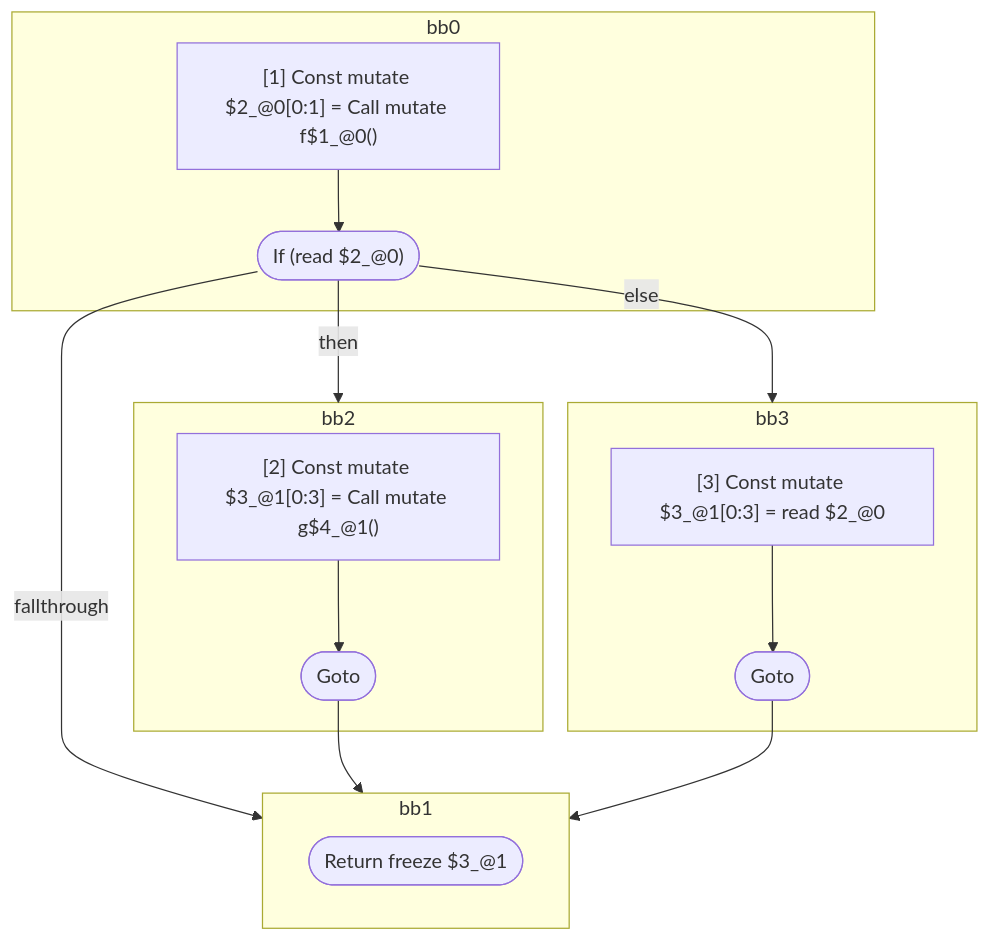
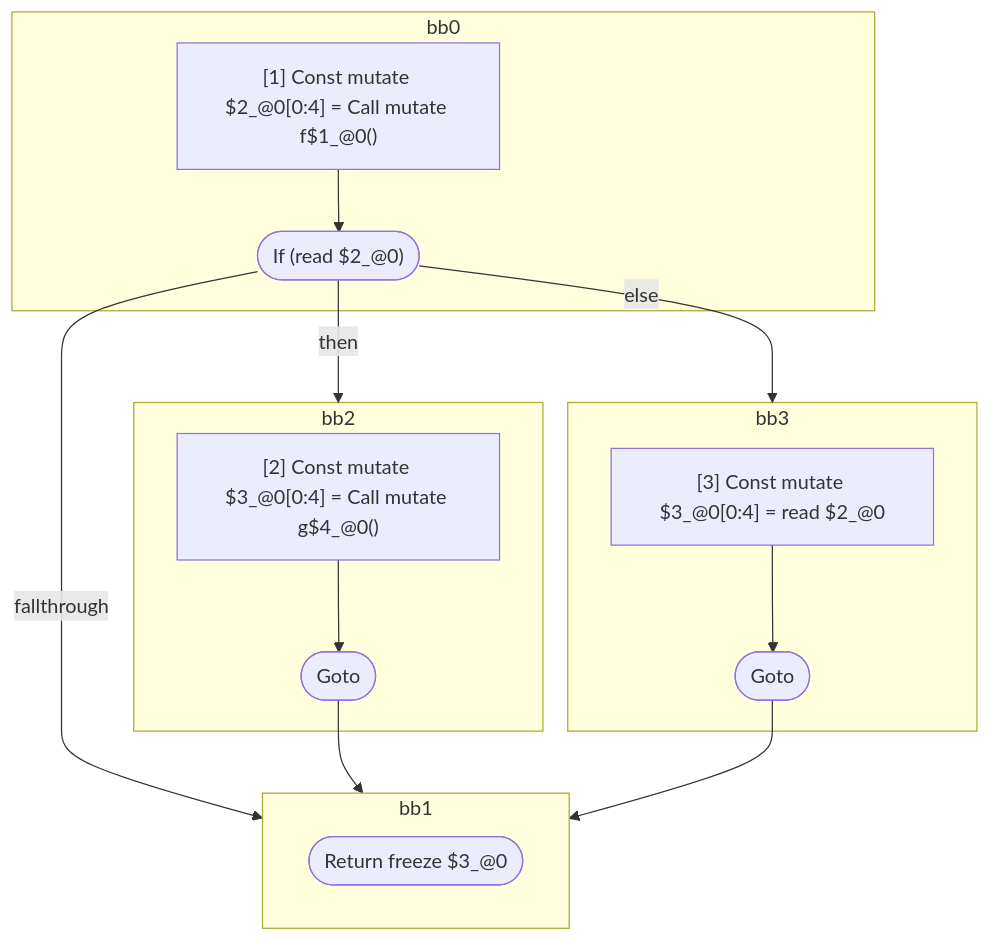
Before and after one commit to wutsmog/private: the first of 5 diagrams in compiler/forget/src/__tests__/fixtures/hir/logical-expression.expect.md, drawn with Mermaid. The commit also changed other lines of this file and 45 other files, not shown here.

````diff
--- a/compiler/forget/src/__tests__/fixtures/hir/logical-expression.expect.md
+++ b/compiler/forget/src/__tests__/fixtures/hir/logical-expression.expect.md
@@ -43,33 +43,33 @@
 ```mermaid
 flowchart TB
   %% Basic Blocks
   subgraph bb0
     bb0_instrs["
-      [1] Const mutate $2_@0[0:1] = Call mutate f$1_@0()
+      [1] Const mutate $2_@0[0:4] = Call mutate f$1_@0()
     "]
     bb0_instrs --> bb0_terminal(["If (read $2_@0)"])
   end
   subgraph bb2
     bb2_instrs["
-      [2] Const mutate $3_@1[0:3] = Call mutate g$4_@1()
+      [2] Const mutate $3_@0[0:4] = Call mutate g$4_@0()
     "]
     bb2_instrs --> bb2_terminal(["Goto"])
   end
   subgraph bb3
     bb3_instrs["
-      [3] Const mutate $3_@1[0:3] = read $2_@0
+      [3] Const mutate $3_@0[0:4] = read $2_@0
     "]
     bb3_instrs --> bb3_terminal(["Goto"])
   end
   subgraph bb1
-    bb1_terminal(["Return freeze $3_@1"])
+    bb1_terminal(["Return freeze $3_@0"])
   end
 
   %% Jumps
   bb0_terminal -- "then" --> bb2
   bb0_terminal -- "else" --> bb3
   bb0_terminal -- "fallthrough" --> bb1
   bb2_terminal --> bb1
   bb3_terminal --> bb1
 
 ```
````
